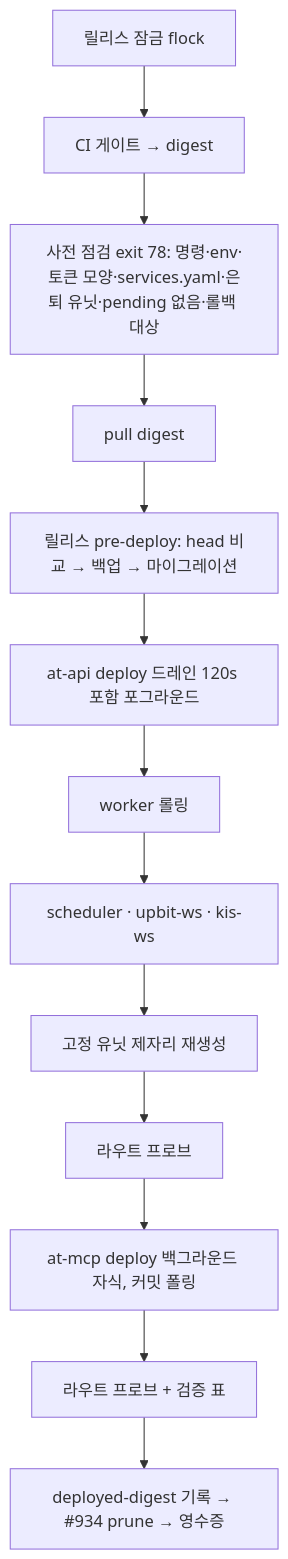
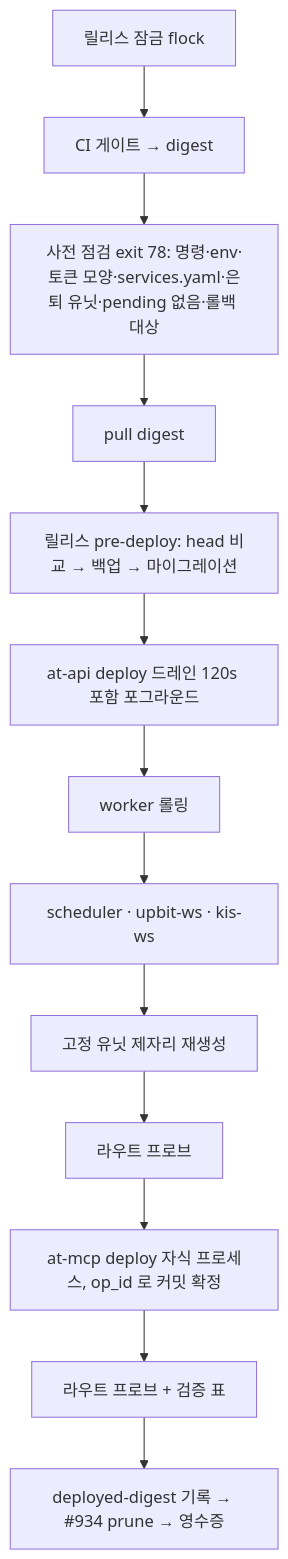
One commit to mgh3326/auto_trader changed the second of 2 diagrams in docs/design/4155-shiftgate-adoption.md. Above: the diagram before and after it, drawn with Mermaid. The commit also changed other lines of this file, not shown here.

First line of the commit message:
docs(design): converge on op_id requirement for at-mcp commit; SG-5 gates AT-4b (hk 4155)

````diff
--- a/docs/design/4155-shiftgate-adoption.md
+++ b/docs/design/4155-shiftgate-adoption.md
@@ -347,15 +347,15 @@
 ```mermaid
 flowchart TD
   L[릴리스 잠금 flock] --> G[CI 게이트 → digest]
   G --> P[사전 점검 exit 78: 명령·env·토큰 모양·services.yaml·은퇴 유닛·pending 없음·롤백 대상]
   P --> U[pull digest]
   U --> M[릴리스 pre-deploy: head 비교 → 백업 → 마이그레이션]
   M --> A[at-api deploy 드레인 120s 포함 포그라운드]
   A --> W[worker 롤링]
   W --> S[scheduler · upbit-ws · kis-ws]
   S --> F[고정 유닛 제자리 재생성]
   F --> R1[라우트 프로브]
-  R1 --> X[at-mcp deploy 백그라운드 자식, 커밋 폴링]
+  R1 --> X[at-mcp deploy 자식 프로세스, op_id 로 커밋 확정]
   X --> R2[라우트 프로브 + 검증 표]
   R2 --> D[deployed-digest 기록 → #934 prune → 영수증]
 ```
````
